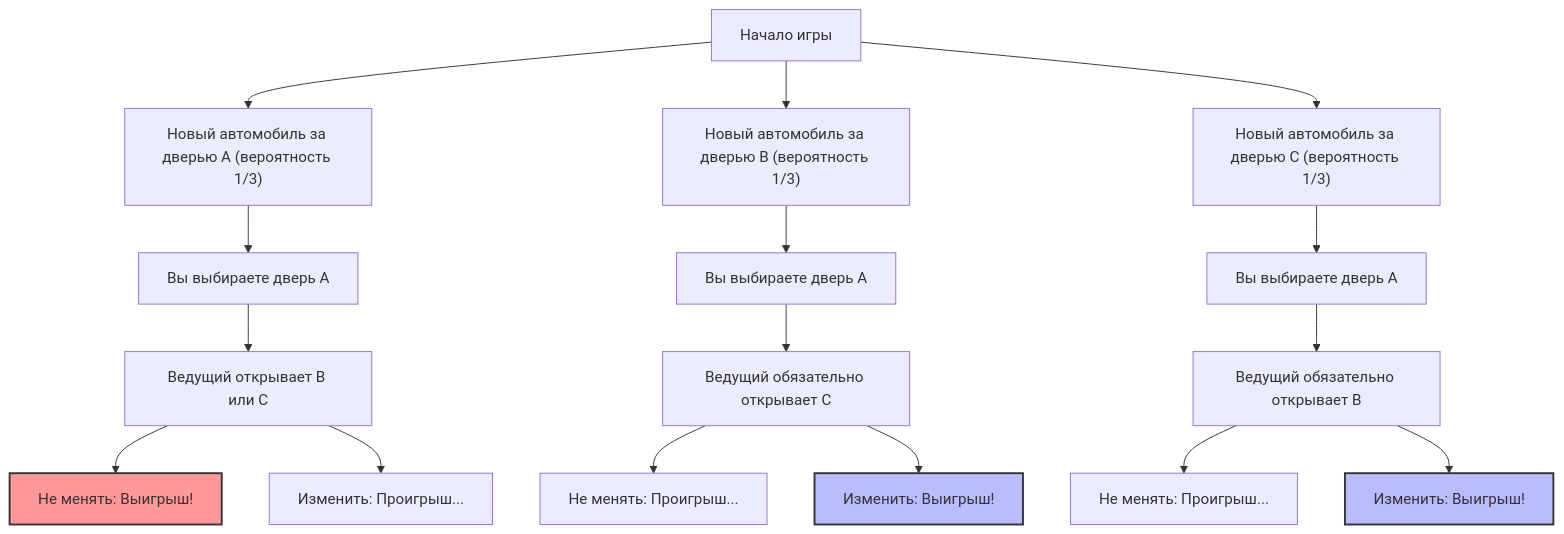
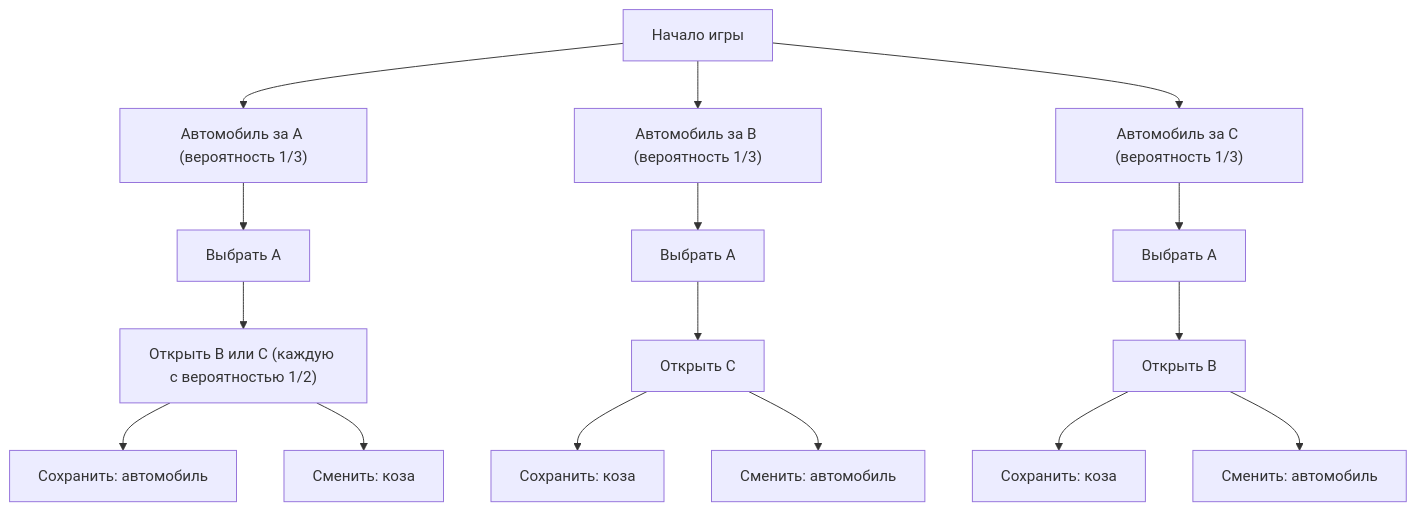
The first of 2 diagrams in content/post/モンティ・ホール問題/index.ru.md (kenjinote/blog), drawn with Mermaid before and after one commit. The commit also changed other lines of this file and 8 other files, not shown here.

````diff
--- a/content/post/モンティ・ホール問題/index.ru.md
+++ b/content/post/モンティ・ホール問題/index.ru.md
@@ -44,27 +52,18 @@
 ```mermaid
 graph TD
-    Start["Начало игры"] --> CarA["Новый автомобиль за дверью A (вероятность 1/3)"]
-    Start --> CarB["Новый автомобиль за дверью B (вероятность 1/3)"]
-    Start --> CarC["Новый автомобиль за дверью C (вероятность 1/3)"]
-
-    CarA --> PickA1["Вы выбираете дверь A"]
-    CarB --> PickA2["Вы выбираете дверь A"]
-    CarC --> PickA3["Вы выбираете дверь A"]
-
-    PickA1 --> HostB_or_C["Ведущий открывает B или C"]
-    PickA2 --> HostC["Ведущий обязательно открывает C"]
-    PickA3 --> HostB["Ведущий обязательно открывает B"]
-
-    HostB_or_C --> Stay1["Не менять: Выигрыш!"]
-    HostB_or_C --> Switch1["Изменить: Проигрыш..."]
-
-    HostC --> Stay2["Не менять: Проигрыш..."]
-    HostC --> Switch2["Изменить: Выигрыш!"]
-
-    HostB --> Stay3["Не менять: Проигрыш..."]
-    HostB --> Switch3["Изменить: Выигрыш!"]
-
-    style Switch2 fill:#bbf,stroke:#333,stroke-width:2px
-    style Switch3 fill:#bbf,stroke:#333,stroke-width:2px
-    style Stay1 fill:#f99,stroke:#333,stroke-width:2px
+    Start["Начало игры"] --> CarA["Автомобиль за A (вероятность 1/3)"]
+    Start --> CarB["Автомобиль за B (вероятность 1/3)"]
+    Start --> CarC["Автомобиль за C (вероятность 1/3)"]
+    CarA --> PickA1["Выбрать A"]
+    CarB --> PickA2["Выбрать A"]
+    CarC --> PickA3["Выбрать A"]
+    PickA1 --> HostB_or_C["Открыть B или C (каждую с вероятностью 1/2)"]
+    PickA2 --> HostC["Открыть C"]
+    PickA3 --> HostB["Открыть B"]
+    HostB_or_C --> Stay1["Сохранить: автомобиль"]
+    HostB_or_C --> Switch1["Сменить: коза"]
+    HostC --> Stay2["Сохранить: коза"]
+    HostC --> Switch2["Сменить: автомобиль"]
+    HostB --> Stay3["Сохранить: коза"]
+    HostB --> Switch3["Сменить: автомобиль"]
 ```
````
